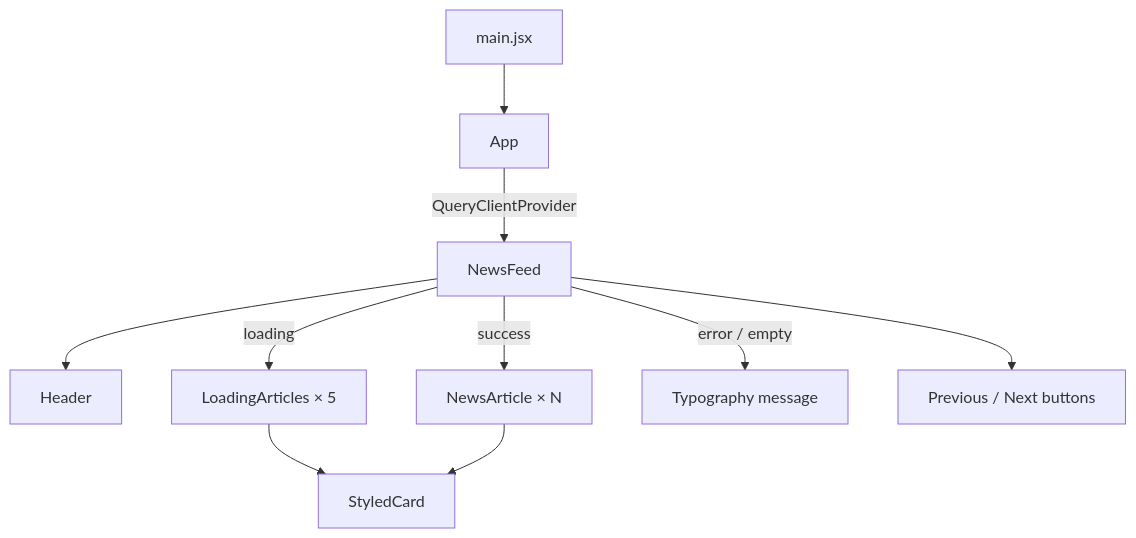
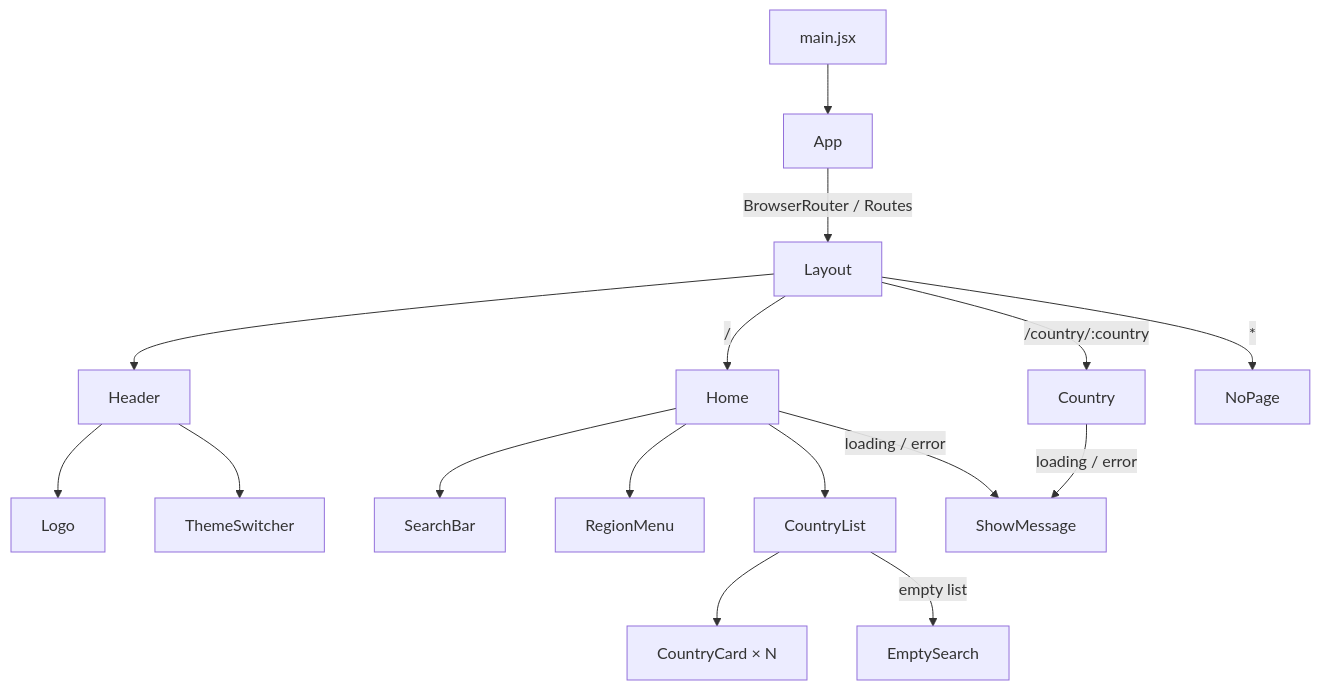
The first of 2 diagrams in README.md (Abdallaheng2022/New-Feed-App), drawn with Mermaid before and after one commit. The commit also changed other lines of this file and 1 other file, not shown here.

````diff
--- a/README.md
+++ b/README.md
@@ -189,12 +208,18 @@
 ```mermaid
 graph TD
     main[main.jsx] --> App
-    App -->|QueryClientProvider| NewsFeed
-    NewsFeed --> Header
-    NewsFeed -->|loading| LoadingArticles["LoadingArticles × 5"]
-    NewsFeed -->|success| NewsArticle["NewsArticle × N"]
-    NewsFeed -->|error / empty| Message[Typography message]
-    NewsFeed --> Paging[Previous / Next buttons]
-    LoadingArticles --> StyledCard
-    NewsArticle --> StyledCard
+    App -->|BrowserRouter / Routes| Layout
+    Layout --> Header
+    Header --> Logo
+    Header --> ThemeSwitcher
+    Layout -->|"/"| Home
+    Layout -->|"/country/:country"| Country
+    Layout -->|"*"| NoPage
+    Home --> SearchBar
+    Home --> RegionMenu
+    Home --> CountryList
+    CountryList --> CountryCard["CountryCard × N"]
+    CountryList -->|empty list| EmptySearch
+    Home -->|loading / error| ShowMessage
+    Country -->|loading / error| ShowMessage
 ```
````
